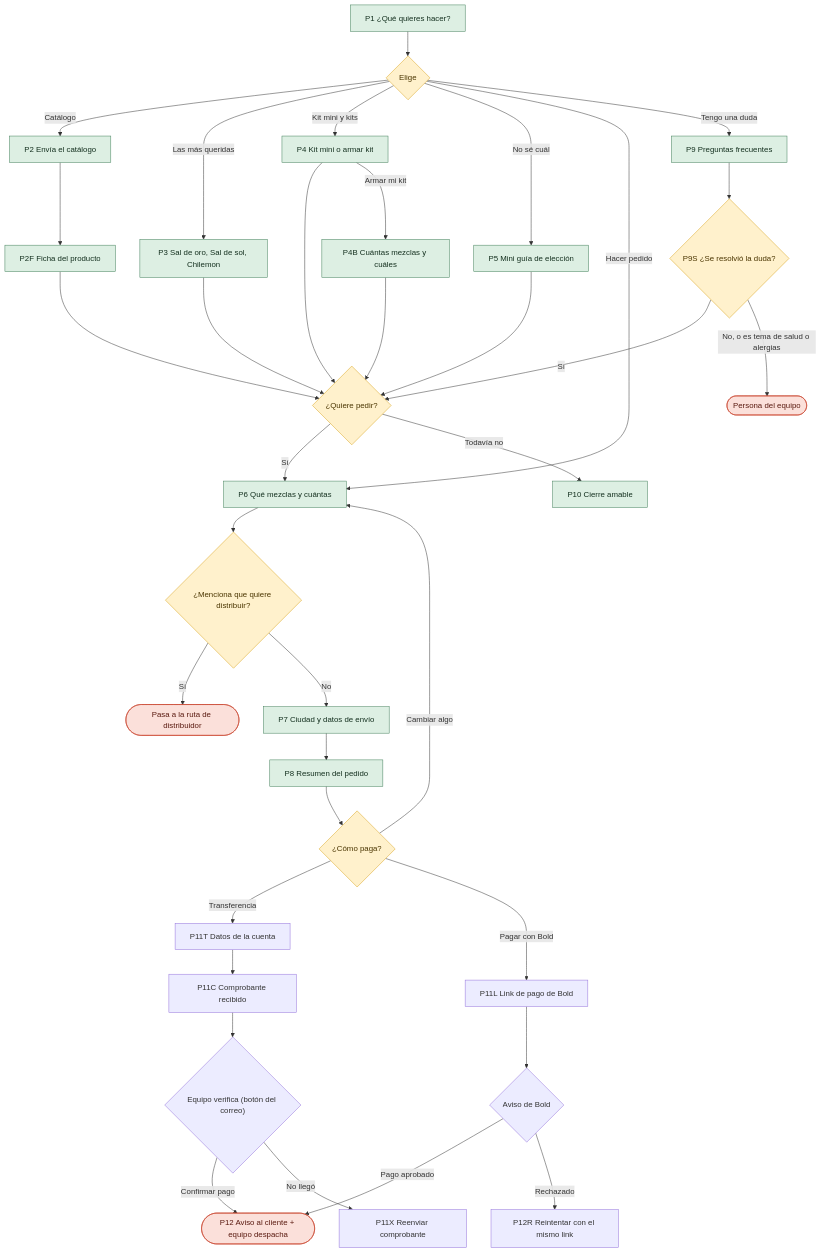
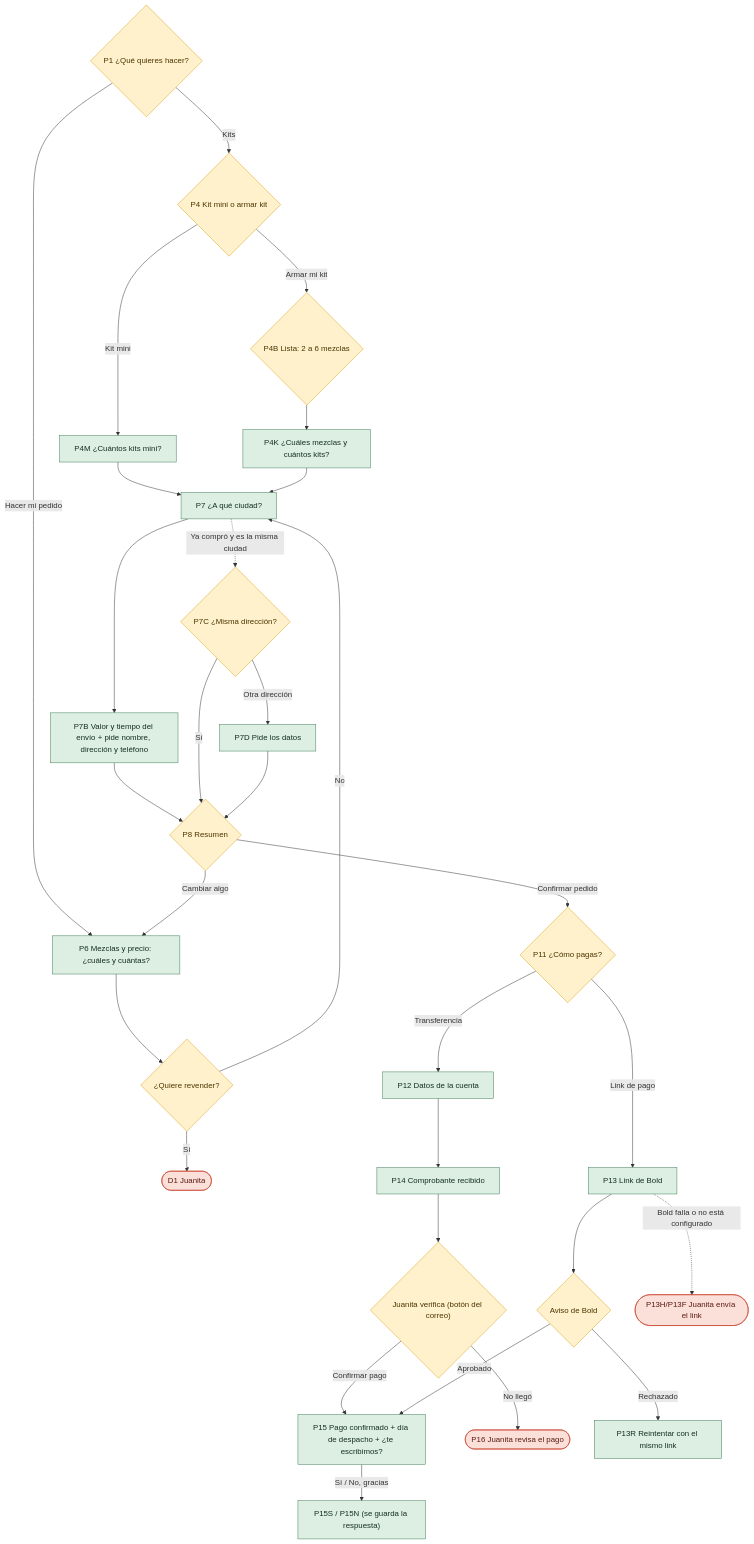
One commit to saboryarte/saboryartewhatsapp changed the second of 3 diagrams in docs/flujos/saboryarte.md. Above: the diagram before and after it, drawn with Mermaid. The commit also changed other lines of this file and 29 other files, not shown here.

````diff
--- a/docs/flujos/saboryarte.md
+++ b/docs/flujos/saboryarte.md
@@ -75,43 +71,38 @@
 ```mermaid
 flowchart TD
-  P1["P1 ¿Qué quieres hacer?"] --> Q{"Elige"}
-  Q -->|Catálogo| P2["P2 Envía el catálogo"]
-  Q -->|Las más queridas| P3["P3 Sal de oro, Sal de sol, Chilemon"]
-  Q -->|Kit mini y kits| P4["P4 Kit mini o armar kit"]
-  Q -->|No sé cuál| P5["P5 Mini guía de elección"]
-  Q -->|Hacer pedido| P6["P6 Qué mezclas y cuántas"]
-  Q -->|Tengo una duda| P9["P9 Preguntas frecuentes"]
-  P2 --> P2F["P2F Ficha del producto"]
-  P2F --> V{"¿Quiere pedir?"}
-  P3 --> V
-  P4 --> V
-  P5 --> V
-  P4 -->|Armar mi kit| P4B["P4B Cuántas mezclas y cuáles"]
-  P4B --> V
-  V -->|Sí| P6
-  V -->|Todavía no| P10["P10 Cierre amable"]
-  P6 --> Z{"¿Menciona que quiere distribuir?"}
-  Z -->|Sí| DI(["Pasa a la ruta de distribuidor"])
-  Z -->|No| P7["P7 Ciudad y datos de envío"]
-  P7 --> P8["P8 Resumen del pedido"]
-  P8 --> C{"¿Cómo paga?"}
-  C -->|Cambiar algo| P6
-  C -->|Transferencia| T["P11T Datos de la cuenta"]
-  T --> TC["P11C Comprobante recibido"]
-  TC --> TE{"Equipo verifica (botón del correo)"}
-  TE -->|Confirmar pago| H1
-  TE -->|No llegó| TX["P11X Reenviar comprobante"]
-  C -->|Pagar con Bold| L["P11L Link de pago de Bold"]
-  L --> B{"Aviso de Bold"}
-  B -->|Pago aprobado| H1(["P12 Aviso al cliente + equipo despacha"])
-  B -->|Rechazado| L2["P12R Reintentar con el mismo link"]
-  P9 --> W{"P9S ¿Se resolvió la duda?"}
-  W -->|Sí| V
-  W -->|No, o es tema de salud o alergias| H2(["Persona del equipo"])
+  P1{"P1 ¿Qué quieres hacer?"} -->|Kits| P4{"P4 Kit mini o armar kit"}
+  P1 -->|Hacer mi pedido| P6["P6 Mezclas y precio: ¿cuáles y cuántas?"]
+  P4 -->|Kit mini| P4M["P4M ¿Cuántos kits mini?"]
+  P4 -->|Armar mi kit| P4B{"P4B Lista: 2 a 6 mezclas"}
+  P4B --> P4K["P4K ¿Cuáles mezclas y cuántos kits?"]
+  P6 --> Z{"¿Quiere revender?"}
+  Z -->|Sí| DI(["D1 Juanita"])
+  Z -->|No| P7["P7 ¿A qué ciudad?"]
+  P4M --> P7
+  P4K --> P7
+  P7 --> P7B["P7B Valor y tiempo del envío + pide nombre, dirección y teléfono"]
+  P7 -.->|Ya compró y es la misma ciudad| P7C{"P7C ¿Misma dirección?"}
+  P7C -->|Otra dirección| P7D["P7D Pide los datos"]
+  P7B --> P8{"P8 Resumen"}
+  P7C -->|Sí| P8
+  P7D --> P8
+  P8 -->|Cambiar algo| P6
+  P8 -->|Confirmar pedido| P11{"P11 ¿Cómo pagas?"}
+  P11 -->|Transferencia| P12["P12 Datos de la cuenta"]
+  P12 --> P14["P14 Comprobante recibido"]
+  P14 --> TE{"Juanita verifica (botón del correo)"}
+  TE -->|Confirmar pago| P15["P15 Pago confirmado + día de despacho + ¿te escribimos?"]
+  TE -->|No llegó| P16(["P16 Juanita revisa el pago"])
+  P11 -->|Link de pago| P13["P13 Link de Bold"]
+  P13 --> B{"Aviso de Bold"}
+  B -->|Aprobado| P15
+  B -->|Rechazado| P13R["P13R Reintentar con el mismo link"]
+  P13 -.->|Bold falla o no está configurado| P13H(["P13H/P13F Juanita envía el link"])
+  P15 -->|Sí / No, gracias| P15S["P15S / P15N (se guarda la respuesta)"]
   classDef bot fill:#DDEFE3,stroke:#3F7D58,color:#14301F;
   classDef dec fill:#FFF1CC,stroke:#D9A21B,color:#4A3500;
   classDef hum fill:#FBE0DA,stroke:#C8402A,color:#5A1A10;
-  class P1,P2,P2F,P3,P4,P4B,P5,P6,P7,P8,P9,P10 bot;
-  class Q,V,Z,C,W dec;
-  class DI,H1,H2 hum;
+  class P4M,P4K,P6,P7,P7B,P7D,P12,P13,P13R,P14,P15,P15S bot;
+  class P1,P4,P4B,Z,P7C,P8,P11,TE,B dec;
+  class DI,P16,P13H hum;
 ```
````
